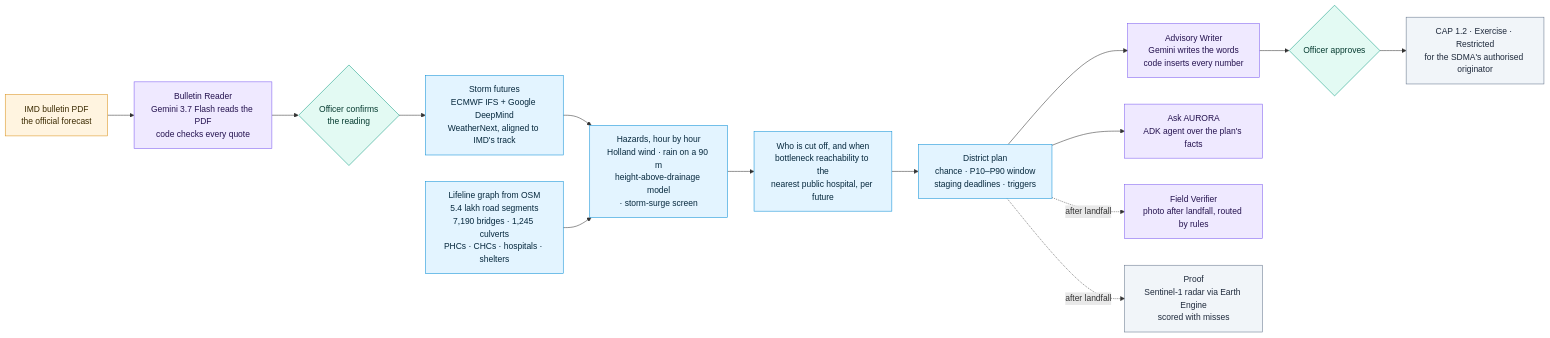
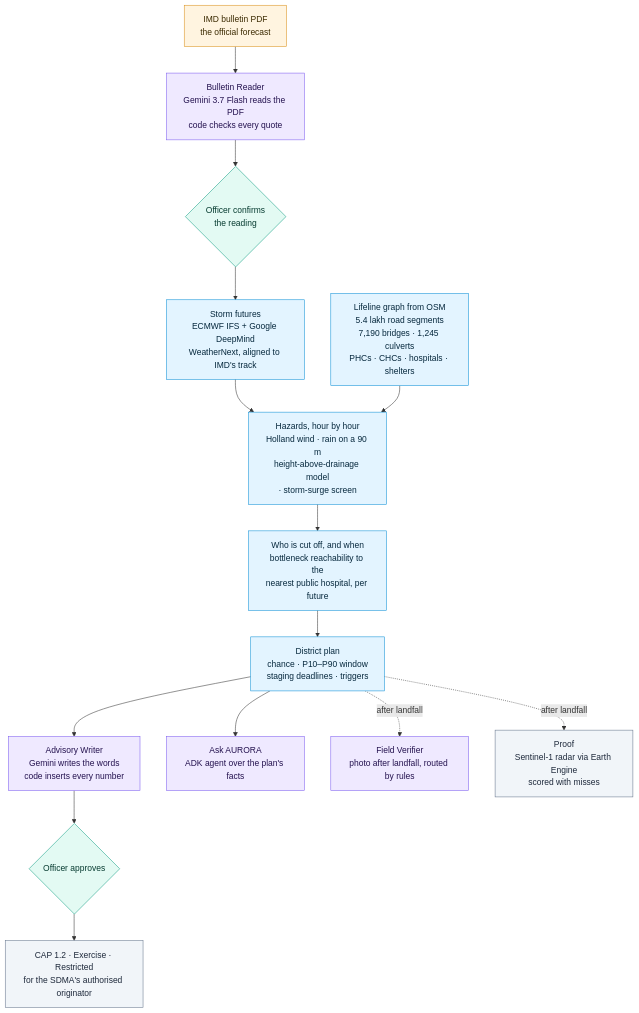
One commit to TusharTechs/aurora-lifeline changed the first of 3 diagrams in README.md. Above: the diagram before and after it, drawn with Mermaid. The commit also changed other lines of this file, not shown here.

Commit message:
docs: README diagrams laid out top-down so they read at GitHub's width

````diff
--- a/README.md
+++ b/README.md
@@ -79,30 +79,30 @@
 ```mermaid
-flowchart LR
+flowchart TB
   classDef imd fill:#fff4e0,stroke:#d9901a,color:#3b2a00
   classDef ai fill:#efe9ff,stroke:#7c5cf0,color:#24124f
   classDef eng fill:#e3f4ff,stroke:#0b8fd6,color:#06283d
   classDef human fill:#e3faf3,stroke:#0f9d82,color:#063b30
   classDef out fill:#f1f5f9,stroke:#64748b,color:#1e293b
 
   B["IMD bulletin PDF<br/>the official forecast"]:::imd
   R["Bulletin Reader<br/>Gemini 3.7 Flash reads the PDF<br/>code checks every quote"]:::ai
   O1{"Officer confirms<br/>the reading"}:::human
   E["Storm futures<br/>ECMWF IFS + Google DeepMind<br/>WeatherNext, aligned to IMD's track"]:::eng
   G["Lifeline graph from OSM<br/>5.4 lakh road segments<br/>7,190 bridges · 1,245 culverts<br/>PHCs · CHCs · hospitals · shelters"]:::eng
   H["Hazards, hour by hour<br/>Holland wind · rain on a 90 m<br/>height-above-drainage model<br/>· storm-surge screen"]:::eng
   X["Who is cut off, and when<br/>bottleneck reachability to the<br/>nearest public hospital, per future"]:::eng
   P["District plan<br/>chance · P10–P90 window<br/>staging deadlines · triggers"]:::eng
   W["Advisory Writer<br/>Gemini writes the words<br/>code inserts every number"]:::ai
   O2{"Officer approves"}:::human
   CAP["CAP 1.2 · Exercise · Restricted<br/>for the SDMA's authorised originator"]:::out
   A["Ask AURORA<br/>ADK agent over the plan's facts"]:::ai
   F["Field Verifier<br/>photo after landfall, routed by rules"]:::ai
   V["Proof<br/>Sentinel-1 radar via Earth Engine<br/>scored with misses"]:::out
 
   B --> R --> O1 --> E --> H
   G --> H --> X --> P
   P --> W --> O2 --> CAP
   P --> A
   P -. after landfall .-> F
   P -. after landfall .-> V
 ```
````
